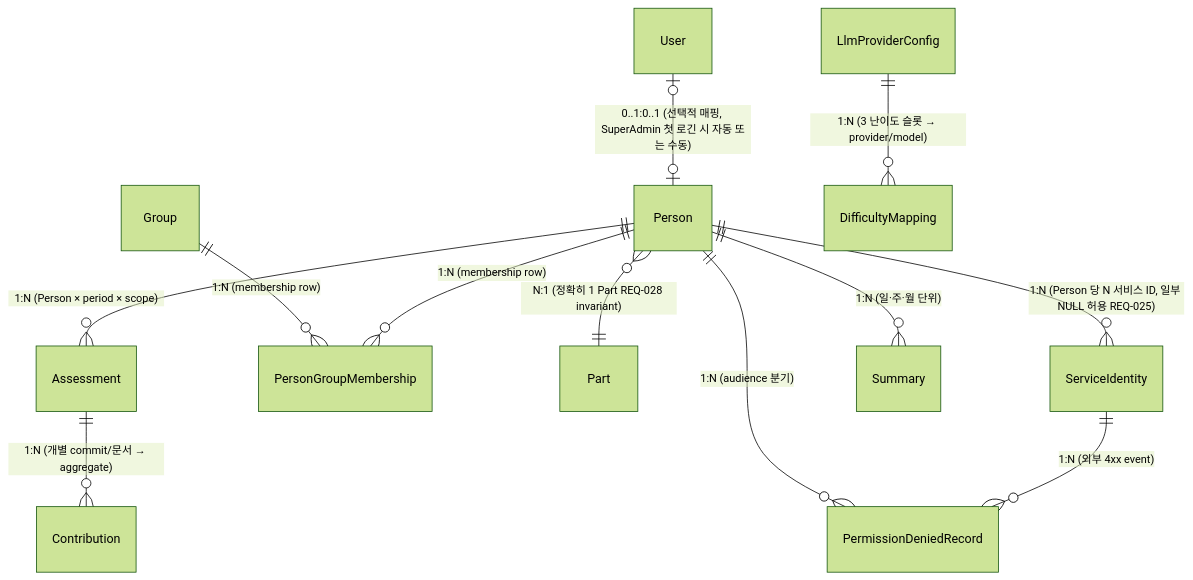
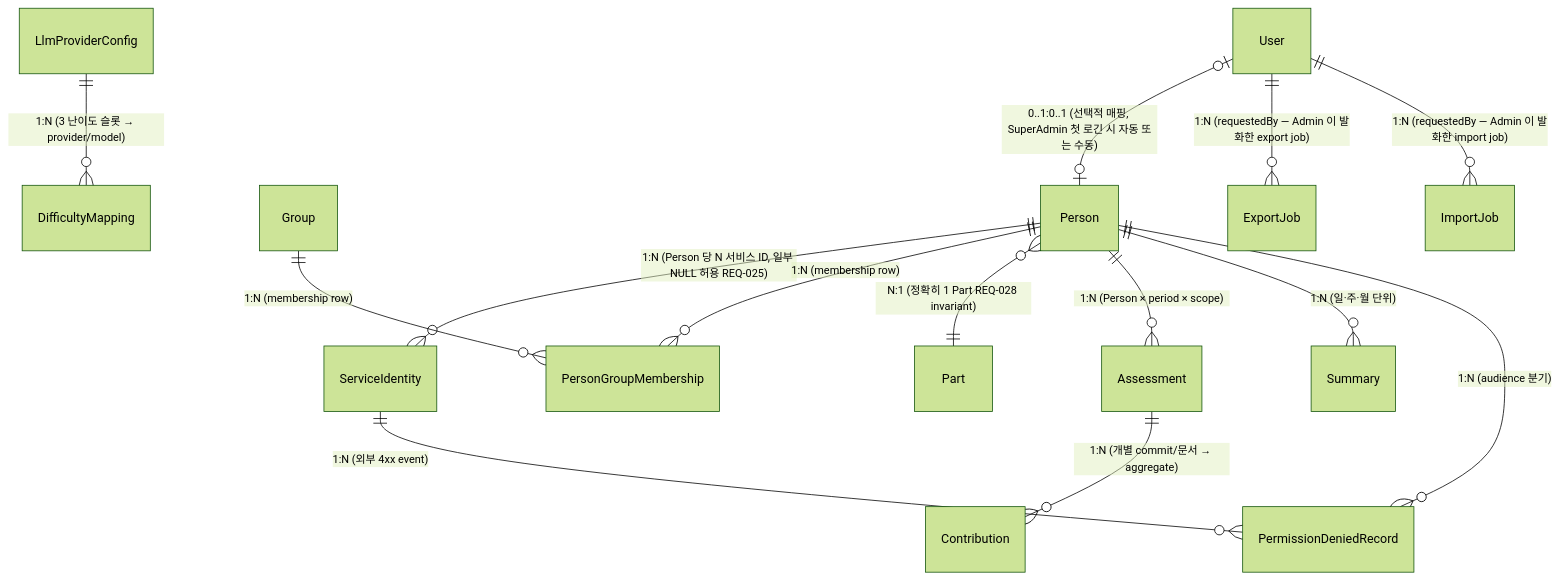
The diagram in docs/architecture/data-model.md (myungjoo/Assessment-Agent), drawn with Mermaid (forest theme) before and after one commit. The commit also changed other lines of this file and 1 other file, not shown here.

````diff
--- a/docs/architecture/data-model.md
+++ b/docs/architecture/data-model.md
@@ -42,14 +44,16 @@
 ```mermaid
 erDiagram
     Person ||--o{ ServiceIdentity : "1:N (Person 당 N 서비스 ID, 일부 NULL 허용 REQ-025)"
     Person ||--o{ PersonGroupMembership : "1:N (membership row)"
     Group ||--o{ PersonGroupMembership : "1:N (membership row)"
     Person }o--|| Part : "N:1 (정확히 1 Part REQ-028 invariant)"
     Person ||--o{ Assessment : "1:N (Person × period × scope)"
     Person ||--o{ Summary : "1:N (일·주·월 단위)"
     Assessment ||--o{ Contribution : "1:N (개별 commit/문서 → aggregate)"
     User |o--o| Person : "0..1:0..1 (선택적 매핑, SuperAdmin 첫 로긴 시 자동 또는 수동)"
     LlmProviderConfig ||--o{ DifficultyMapping : "1:N (3 난이도 슬롯 → provider/model)"
     ServiceIdentity ||--o{ PermissionDeniedRecord : "1:N (외부 4xx event)"
     Person ||--o{ PermissionDeniedRecord : "1:N (audience 분기)"
+    User ||--o{ ExportJob : "1:N (requestedBy — Admin 이 발화한 export job)"
+    User ||--o{ ImportJob : "1:N (requestedBy — Admin 이 발화한 import job)"
 ```
````
